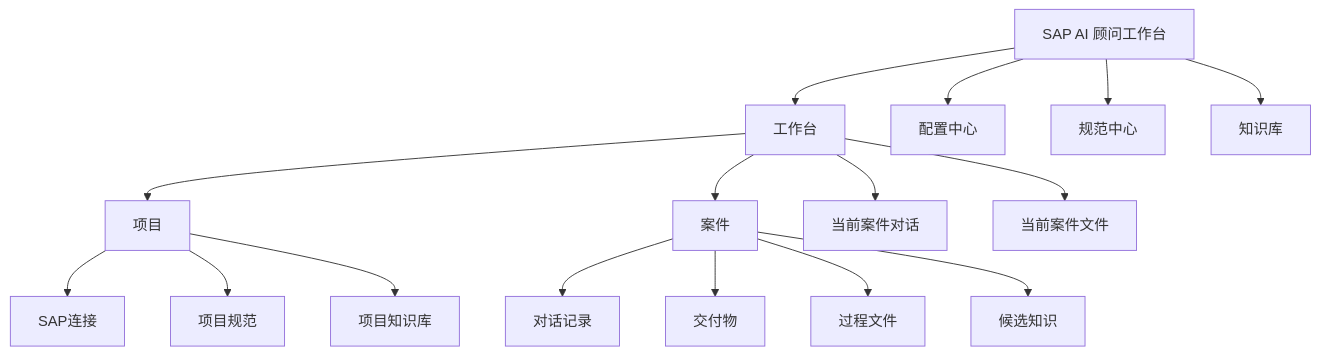
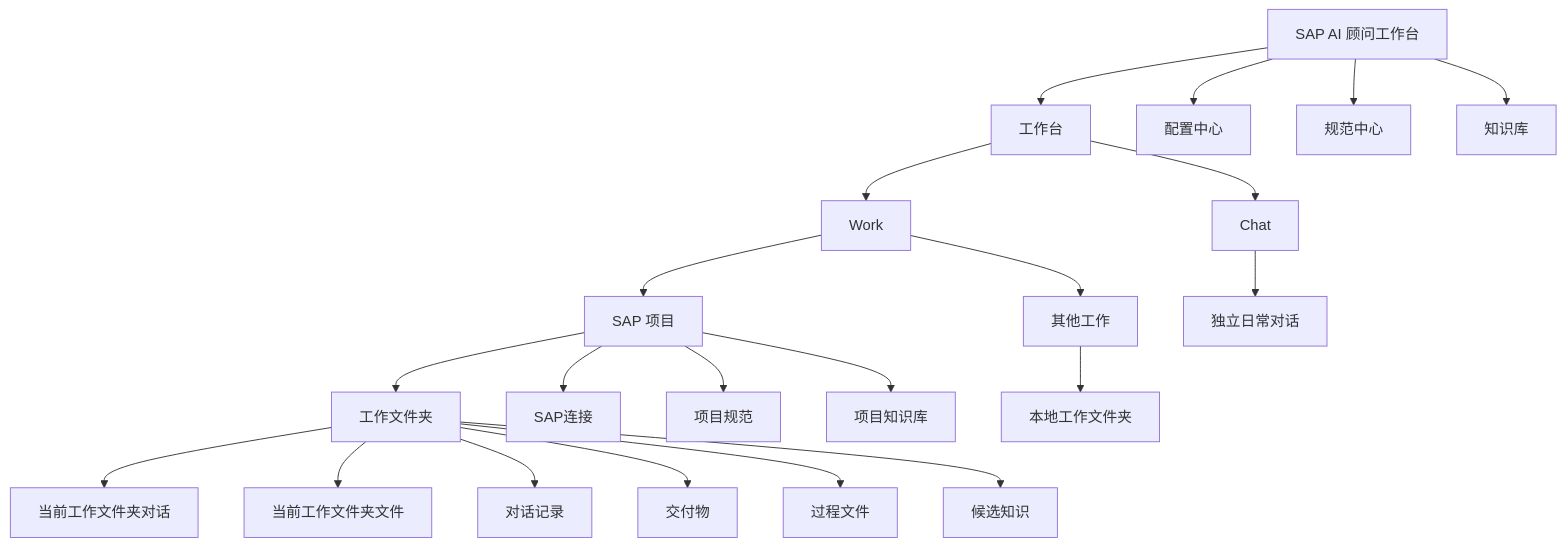
The diagram in docs/product-prototype/PRODUCT_DEVELOPMENT_SPEC.md (123225073/sap-ai-consultant-workbench), drawn with Mermaid before and after one commit. The commit also changed other lines of this file and 96 other files, not shown here.

````diff
--- a/docs/product-prototype/PRODUCT_DEVELOPMENT_SPEC.md
+++ b/docs/product-prototype/PRODUCT_DEVELOPMENT_SPEC.md
@@ -101,18 +104,23 @@
 ```mermaid
 flowchart TD
   A["SAP AI 顾问工作台"] --> B["工作台"]
   A --> C["配置中心"]
   A --> D["规范中心"]
   A --> E["知识库"]
-  B --> F["项目"]
-  B --> G["案件"]
-  B --> H["当前案件对话"]
-  B --> I["当前案件文件"]
+  B --> W["Work"]
+  B --> X["Chat"]
+  W --> F["SAP 项目"]
+  W --> R["其他工作"]
+  F --> G["工作文件夹"]
+  R --> RG["本地工作文件夹"]
+  G --> H["当前工作文件夹对话"]
+  G --> I["当前工作文件夹文件"]
+  X --> XD["独立日常对话"]
   F --> J["SAP连接"]
   F --> K["项目规范"]
   F --> L["项目知识库"]
   G --> M["对话记录"]
   G --> N["交付物"]
   G --> O["过程文件"]
   G --> P["候选知识"]
 ```
````
